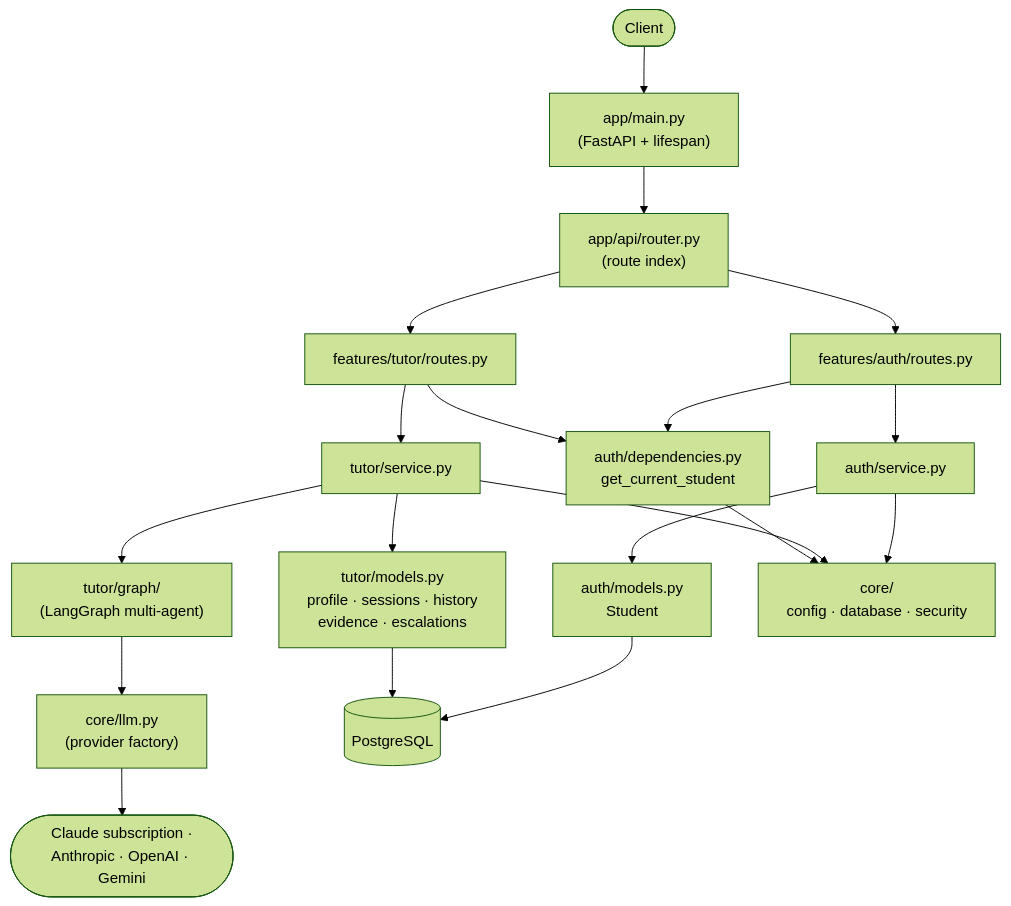
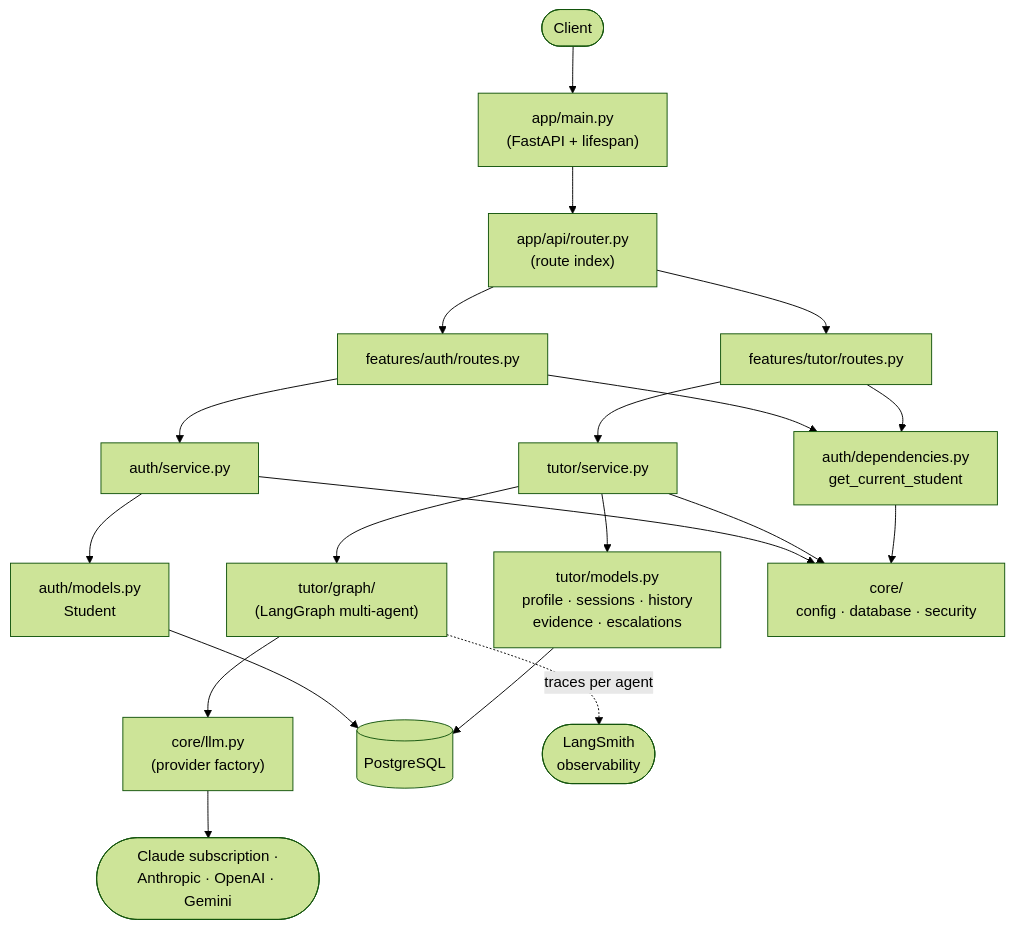
One commit to syamdumpala/Adapative_ai_tutor changed the first of 4 diagrams in backend/architecture/DIAGRAM.md. Above: the diagram before and after it, drawn with Mermaid (forest theme). The commit also changed 15 other files, not shown here.

````diff
--- a/backend/architecture/DIAGRAM.md
+++ b/backend/architecture/DIAGRAM.md
@@ -7,27 +7,28 @@
 ```mermaid
 flowchart TD
     Client([Client])
     Client --> Main["app/main.py<br/>(FastAPI + lifespan)"]
     Main --> Index["app/api/router.py<br/>(route index)"]
 
     Index --> AuthR["features/auth/routes.py"]
     Index --> TutorR["features/tutor/routes.py"]
 
     AuthR --> AuthDep["auth/dependencies.py<br/>get_current_student"]
     AuthR --> AuthSvc["auth/service.py"]
     AuthSvc --> AuthModel["auth/models.py<br/>Student"]
 
     TutorR --> AuthDep
     TutorR --> TutorSvc["tutor/service.py"]
     TutorSvc --> Pipeline["tutor/graph/<br/>(LangGraph multi-agent)"]
     TutorSvc --> TutorModel["tutor/models.py<br/>profile · sessions · history<br/>evidence · escalations"]
 
     AuthSvc --> Core["core/<br/>config · database · security"]
     TutorSvc --> Core
     AuthDep --> Core
     Pipeline --> LLM["core/llm.py<br/>(provider factory)"]
 
     AuthModel --> DB[(PostgreSQL)]
     TutorModel --> DB
     LLM --> Providers([Claude subscription ·<br/>Anthropic · OpenAI · Gemini])
+    Pipeline -.->|traces per agent| LS([LangSmith<br/>observability])
 ```
````
